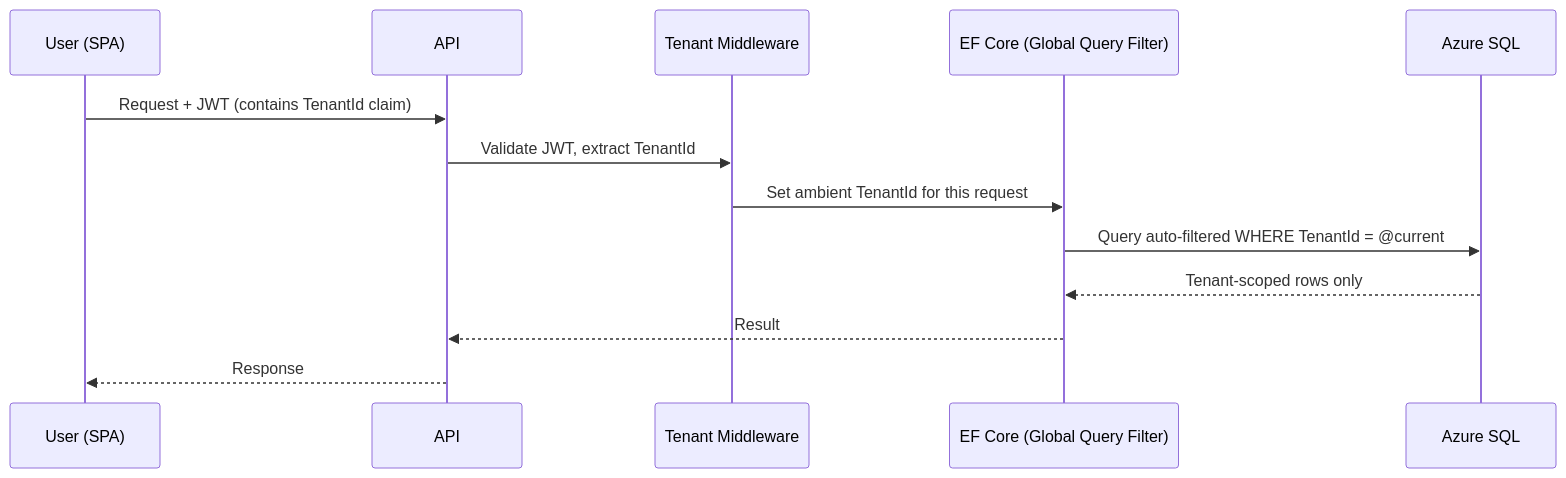
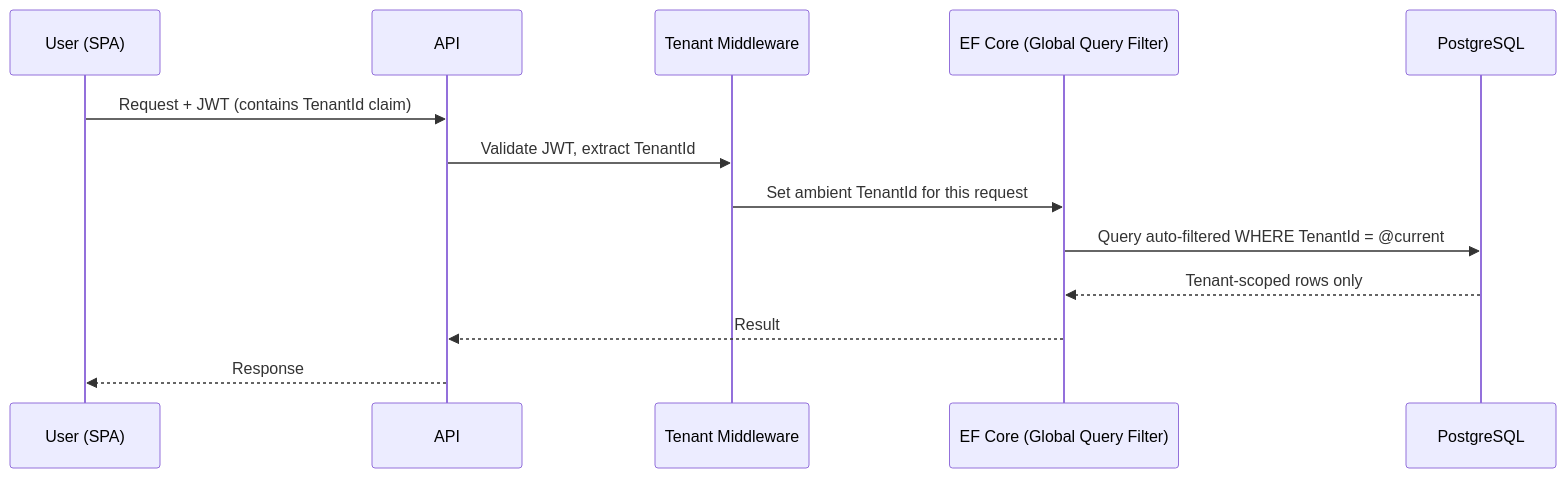
The third of 3 diagrams in docs/devflow/01-architecture.md (K-darre02/DevFlow), drawn with Mermaid before and after one commit. The commit also changed other lines of this file and 6 other files, not shown here.

First line of the commit message:
Update architecture docs for PostgreSQL decision

````diff
--- a/docs/devflow/01-architecture.md
+++ b/docs/devflow/01-architecture.md
@@ -81,16 +81,16 @@
 ```mermaid
 sequenceDiagram
     participant U as User (SPA)
     participant A as API
     participant M as Tenant Middleware
     participant D as EF Core (Global Query Filter)
-    participant S as Azure SQL
+    participant S as PostgreSQL
 
     U->>A: Request + JWT (contains TenantId claim)
     A->>M: Validate JWT, extract TenantId
     M->>D: Set ambient TenantId for this request
     D->>S: Query auto-filtered WHERE TenantId = @current
     S-->>D: Tenant-scoped rows only
     D-->>A: Result
     A-->>U: Response
 ```
````
